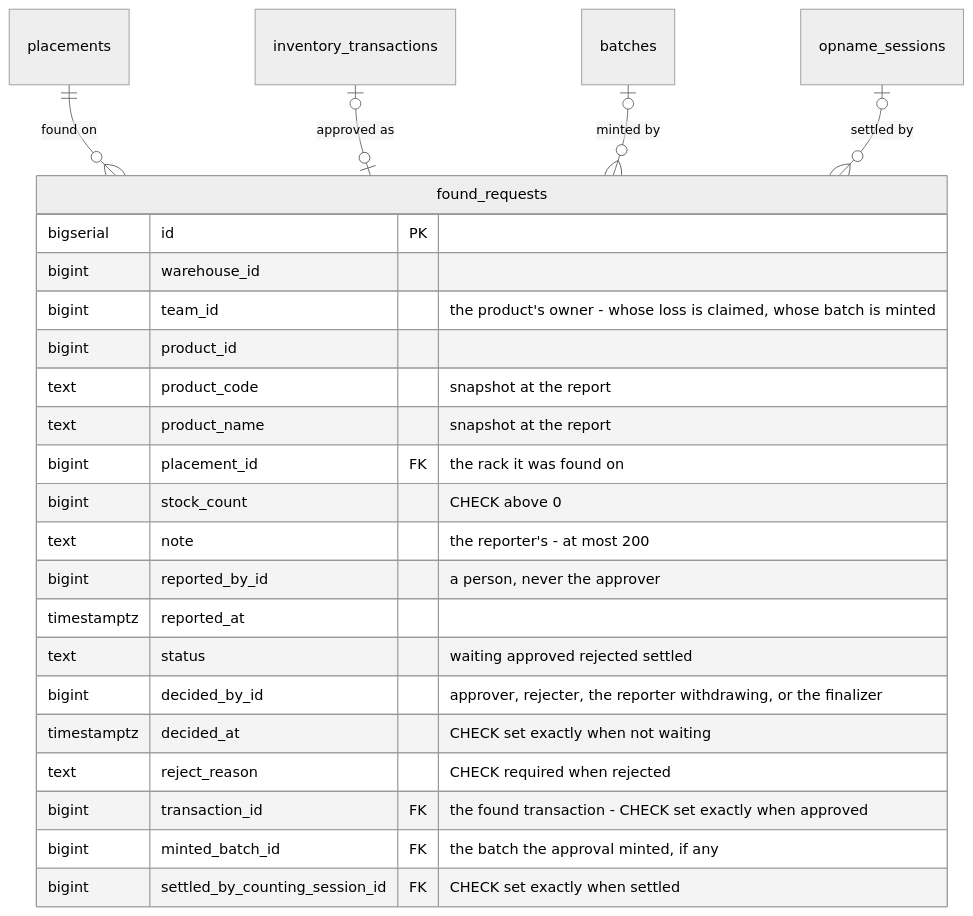
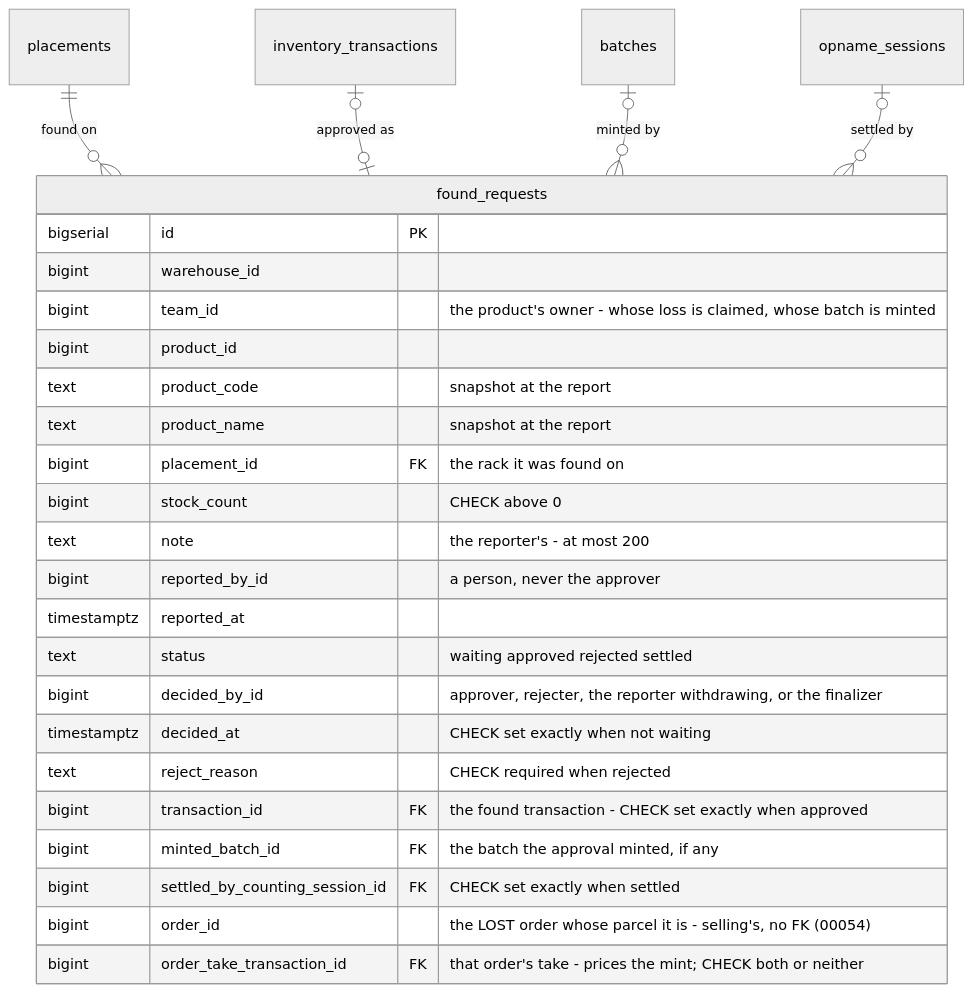
Diagram 12 of 26 in docs/database-schema.md (pdcgo/warehouse_revamp), drawn with Mermaid (neutral theme) before and after one commit. The commit also changed other lines of this file and 429 other files, not shown here.

````diff
--- a/docs/database-schema.md
+++ b/docs/database-schema.md
@@ -1736,27 +1766,29 @@
 ```mermaid
 erDiagram
     found_requests {
         bigserial   id                             PK
         bigint      warehouse_id
         bigint      team_id                        "the product's owner - whose loss is claimed, whose batch is minted"
         bigint      product_id
         text        product_code                   "snapshot at the report"
         text        product_name                   "snapshot at the report"
         bigint      placement_id                   FK "the rack it was found on"
         bigint      stock_count                    "CHECK above 0"
         text        note                           "the reporter's - at most 200"
         bigint      reported_by_id                 "a person, never the approver"
         timestamptz reported_at
         text        status                         "waiting approved rejected settled"
         bigint      decided_by_id                  "approver, rejecter, the reporter withdrawing, or the finalizer"
         timestamptz decided_at                     "CHECK set exactly when not waiting"
         text        reject_reason                  "CHECK required when rejected"
         bigint      transaction_id                 FK "the found transaction - CHECK set exactly when approved"
         bigint      minted_batch_id                FK "the batch the approval minted, if any"
         bigint      settled_by_counting_session_id FK "CHECK set exactly when settled"
+        bigint      order_id                       "the LOST order whose parcel it is - selling's, no FK (00054)"
+        bigint      order_take_transaction_id      FK "that order's take - prices the mint; CHECK both or neither"
     }
     placements ||--o{ found_requests : "found on"
     inventory_transactions |o--o| found_requests : "approved as"
     batches |o--o{ found_requests : "minted by"
     opname_sessions |o--o{ found_requests : "settled by"
 ```
````
